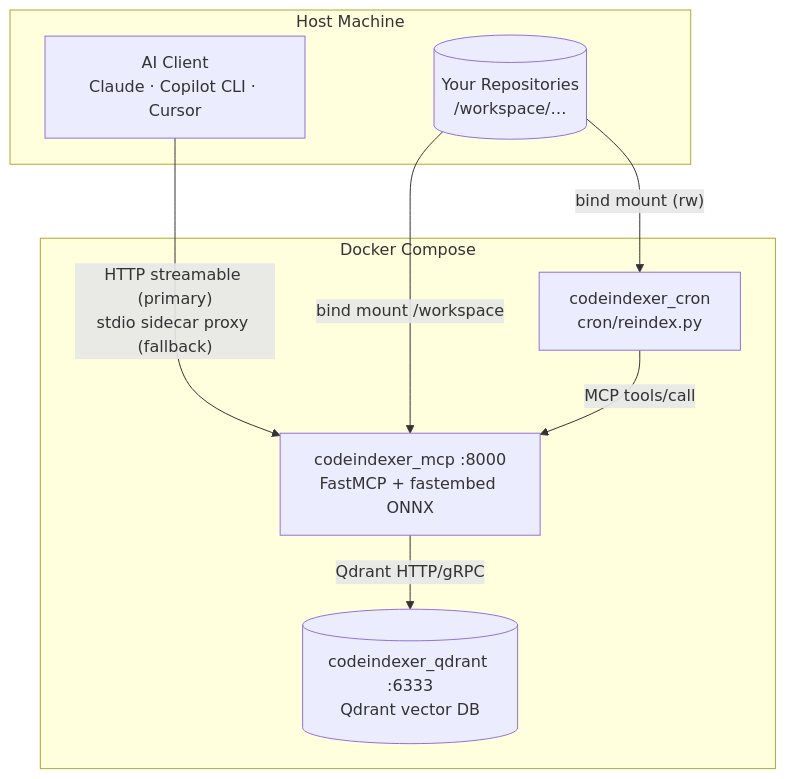
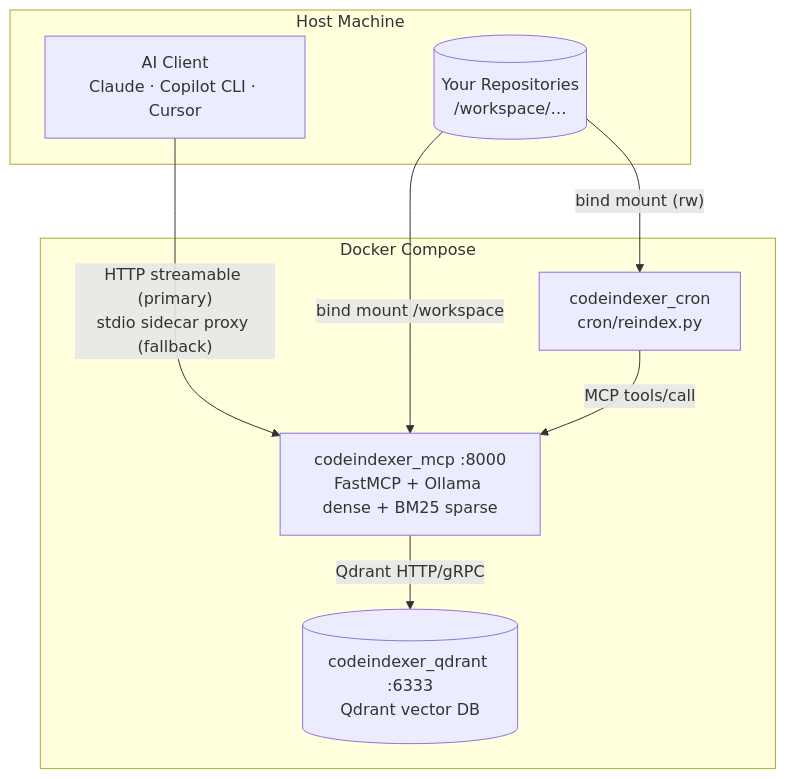
The first of 2 diagrams in docs/ARCHITECTURE.md (Tusquito/codebase-indexer-mcp), drawn with Mermaid before and after one commit. The commit also changed other lines of this file and 3 other files, not shown here.

````diff
--- a/docs/ARCHITECTURE.md
+++ b/docs/ARCHITECTURE.md
@@ -7,19 +7,19 @@
 ```mermaid
 graph TD
     subgraph Host["Host Machine"]
         WS[("Your Repositories\n/workspace/…")]
         AI["AI Client\nClaude · Copilot CLI · Cursor"]
     end
 
     subgraph Docker["Docker Compose"]
-        MCP["codeindexer_mcp :8000\nFastMCP + fastembed ONNX"]
+        MCP["codeindexer_mcp :8000\nFastMCP + Ollama dense + BM25 sparse"]
         QD[("codeindexer_qdrant :6333\nQdrant vector DB")]
         CRON["codeindexer_cron\ncron/reindex.py"]
     end
 
     AI -- "HTTP streamable (primary)\nstdio sidecar proxy (fallback)" --> MCP
     MCP -- "Qdrant HTTP/gRPC" --> QD
     WS -- "bind mount /workspace" --> MCP
     WS -- "bind mount (rw)" --> CRON
     CRON -- "MCP tools/call" --> MCP
 ```
````
